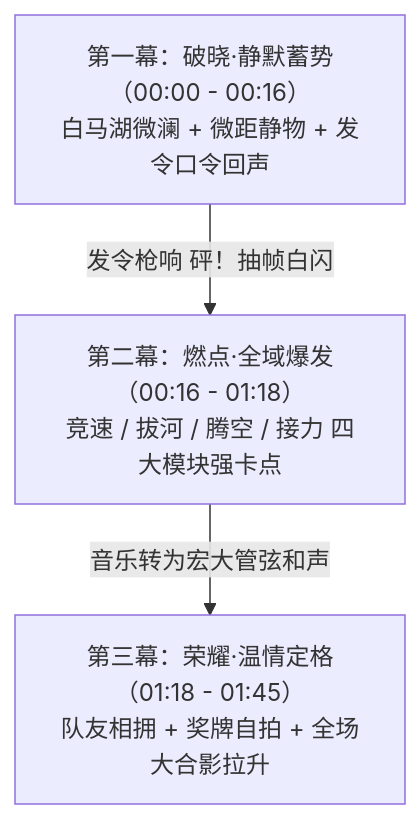
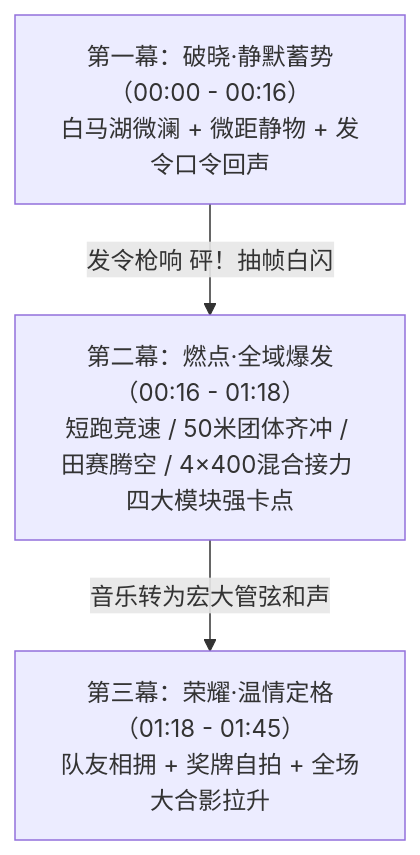
The diagram in 视频01_传统高光混剪/分镜草案_v1.md (RS114514/2026SportsMeet), drawn with Mermaid before and after one commit. The commit also changed other lines of this file and 3 other files, not shown here.

````diff
--- a/视频01_传统高光混剪/分镜草案_v1.md
+++ b/视频01_传统高光混剪/分镜草案_v1.md
@@ -13,5 +13,5 @@
 ```mermaid
 flowchart TD
-    A["第一幕：破晓·静默蓄势<br>（00:00 - 00:16）<br>白马湖微澜 + 微距静物 + 发令口令回声"] -->|发令枪响 砰！抽帧白闪| B["第二幕：燃点·全域爆发<br>（00:16 - 01:18）<br>竞速 / 拔河 / 腾空 / 接力 四大模块强卡点"]
+    A["第一幕：破晓·静默蓄势<br>（00:00 - 00:16）<br>白马湖微澜 + 微距静物 + 发令口令回声"] -->|发令枪响 砰！抽帧白闪| B["第二幕：燃点·全域爆发<br>（00:16 - 01:18）<br>短跑竞速 / 50米团体齐冲 / 田赛腾空 / 4×400混合接力 四大模块强卡点"]
     B -->|音乐转为宏大管弦和声| C["第三幕：荣耀·温情定格<br>（01:18 - 01:45）<br>队友相拥 + 奖牌自拍 + 全场大合影拉升"]
 ```
````
